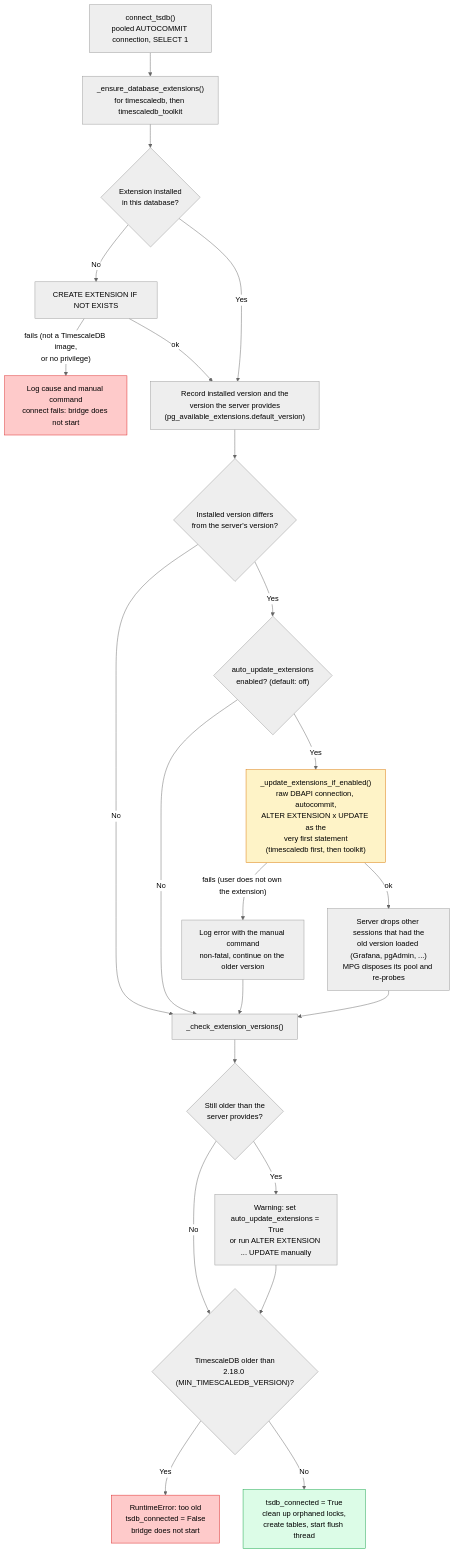
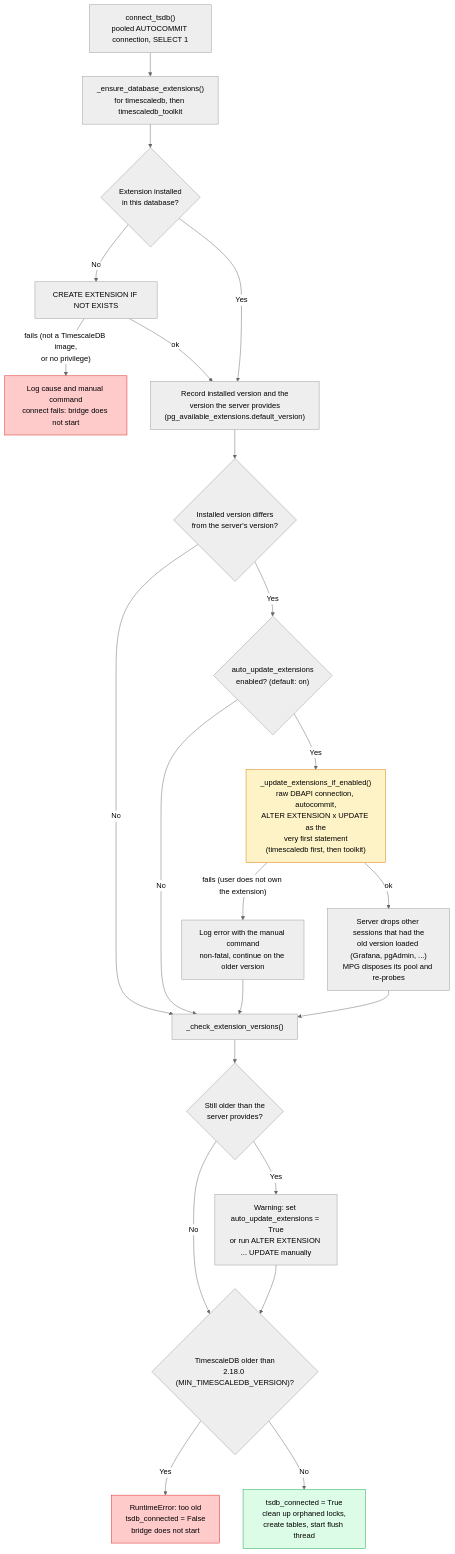
Diagram 15 of 21 in documentation/architecture/mermaid-diagrams.md (BuxtonCalvin/MultiProtocolGateway), drawn with Mermaid (neutral theme) before and after one commit. The commit also changed 2 other files, not shown here.

Commit message:
auto_update_extensions fixes

````diff
--- a/documentation/architecture/mermaid-diagrams.md
+++ b/documentation/architecture/mermaid-diagrams.md
@@ -822,31 +822,31 @@
 ```mermaid
 flowchart TD
     A["connect_tsdb()<br/>pooled AUTOCOMMIT connection, SELECT 1"] --> B["_ensure_database_extensions()<br/>for timescaledb, then timescaledb_toolkit"]
     B --> C{"Extension installed<br/>in this database?"}
     C -- "No" --> D["CREATE EXTENSION IF NOT EXISTS"]
     D -- "fails (not a TimescaleDB image,<br/>or no privilege)" --> D1["Log cause and manual command<br/>connect fails: bridge does not start"]
     D -- "ok" --> E
     C -- "Yes" --> E["Record installed version and the<br/>version the server provides<br/>(pg_available_extensions.default_version)"]
 
     E --> F{"Installed version differs<br/>from the server's version?"}
     F -- "No" --> K
-    F -- "Yes" --> G{"auto_update_extensions<br/>enabled? (default: off)"}
+    F -- "Yes" --> G{"auto_update_extensions<br/>enabled? (default: on)"}
     G -- "No" --> K
     G -- "Yes" --> H["_update_extensions_if_enabled()<br/>raw DBAPI connection, autocommit,<br/>ALTER EXTENSION x UPDATE as the<br/>very first statement<br/>(timescaledb first, then toolkit)"]
     H -- "fails (user does not own the extension)" --> H1["Log error with the manual command<br/>non-fatal, continue on the older version"]
     H -- "ok" --> I["Server drops other sessions that had the<br/>old version loaded (Grafana, pgAdmin, ...)<br/>MPG disposes its pool and re-probes"]
     H1 --> K
     I --> K
 
     K["_check_extension_versions()"] --> L{"Still older than the<br/>server provides?"}
     L -- "Yes" --> L1["Warning: set auto_update_extensions = True<br/>or run ALTER EXTENSION ... UPDATE manually"]
     L -- "No" --> M
     L1 --> M{"TimescaleDB older than<br/>2.18.0 (MIN_TIMESCALEDB_VERSION)?"}
     M -- "Yes" --> N["RuntimeError: too old<br/>tsdb_connected = False<br/>bridge does not start"]
     M -- "No" --> O["tsdb_connected = True<br/>clean up orphaned locks,<br/>create tables, start flush thread"]
 
     style H fill:#fef3c7,stroke:#d97706
     style N fill:#fecaca,stroke:#dc2626
     style D1 fill:#fecaca,stroke:#dc2626
     style O fill:#dcfce7,stroke:#16a34a
 ```
````
